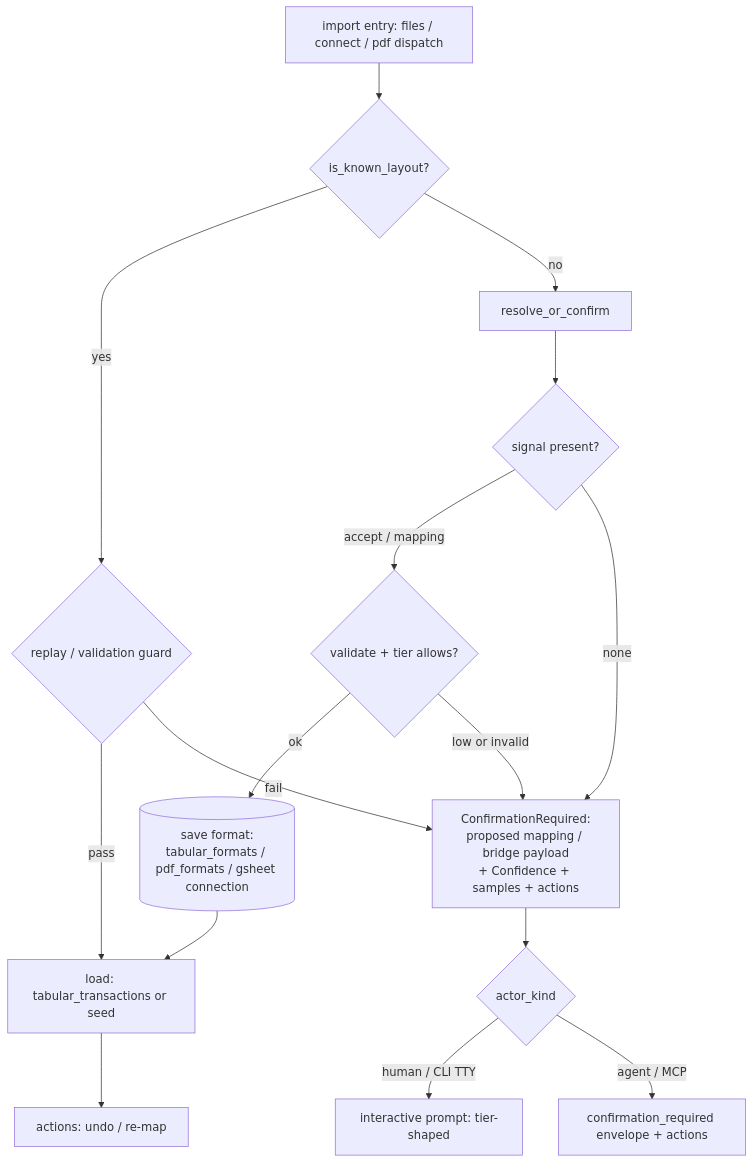
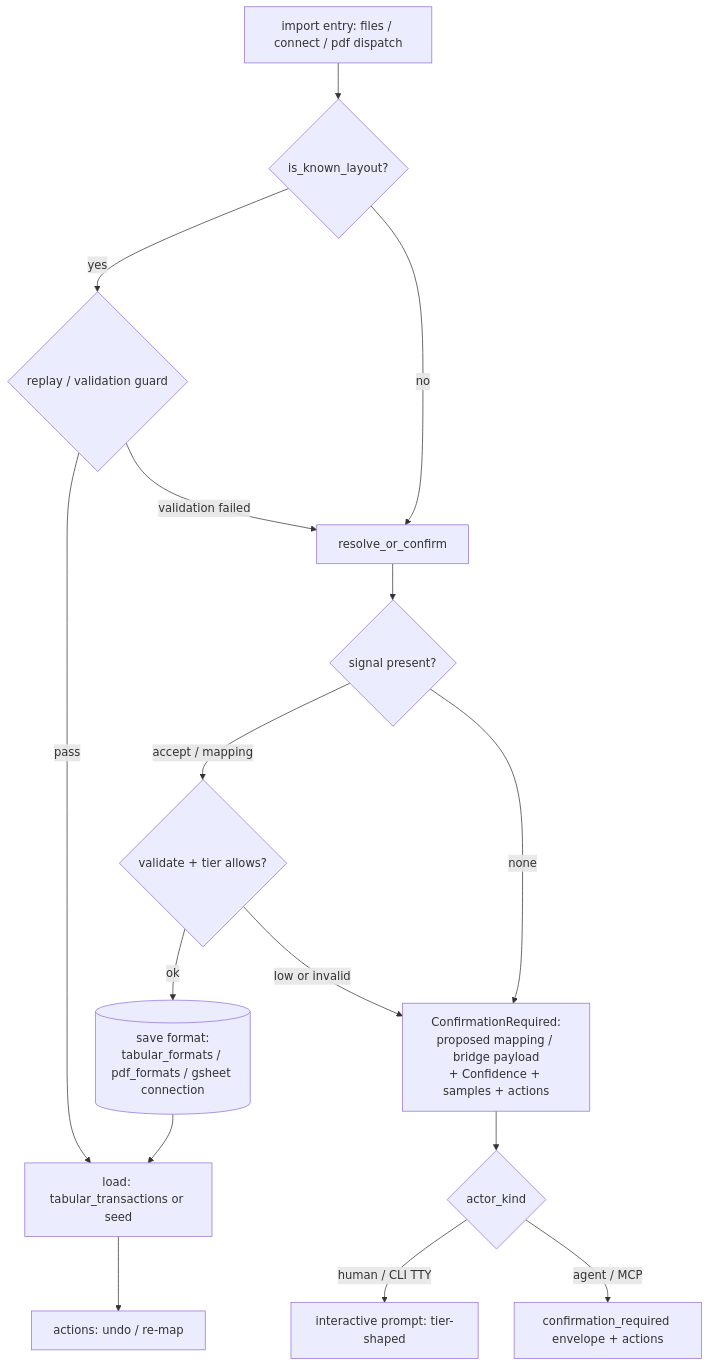
Before and after one commit to bsaffel/moneybin: the diagram in docs/specs/smart-import-confirmation.md, drawn with Mermaid. The commit also changed other lines of this file and 1 other file, not shown here.

````diff
--- a/docs/specs/smart-import-confirmation.md
+++ b/docs/specs/smart-import-confirmation.md
@@ -197,18 +196,18 @@
 ```mermaid
 flowchart TD
     A[import entry: files / connect / pdf dispatch] --> B{is_known_layout?}
     B -- yes --> G{replay / validation guard}
     G -- pass --> LOAD[load: tabular_transactions or seed]
-    G -- fail --> CR
+    G -- "validation failed" --> RC
     B -- no --> RC[resolve_or_confirm]
     RC --> D{signal present?}
     D -- "accept / mapping" --> V{validate + tier allows?}
     D -- none --> CR[ConfirmationRequired:\nproposed mapping / bridge payload\n+ Confidence + samples + actions]
     V -- ok --> SAVE[(save format:\ntabular_formats / pdf_formats / gsheet connection)]
     V -- "low or invalid" --> CR
     SAVE --> LOAD
     CR --> SURFACE{actor_kind}
     SURFACE -- human / CLI TTY --> PROMPT[interactive prompt: tier-shaped]
     SURFACE -- agent / MCP --> ENV[confirmation_required envelope + actions]
     LOAD --> REC[actions: undo / re-map]
 ```
````
